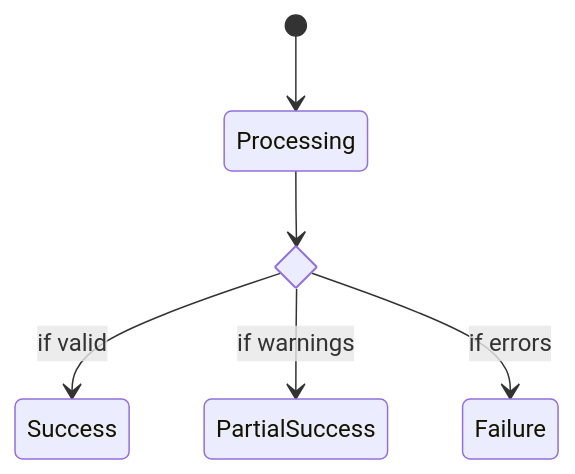
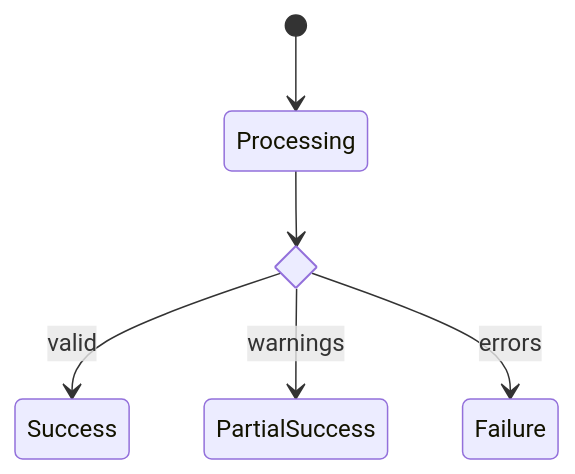
Before and after one commit to jjeremycai/claudekit: the fourth of 5 diagrams in skills/state-diagram/SKILL.md, drawn with Mermaid. The commit also changed other lines of this file and 1 other file, not shown here.

````diff
--- a/skills/state-diagram/SKILL.md
+++ b/skills/state-diagram/SKILL.md
@@ -105,10 +164,10 @@
 ```mermaid
 stateDiagram-v2
     [*] --> Processing
 
     state check_result <<choice>>
     Processing --> check_result
-    check_result --> Success : if valid
-    check_result --> PartialSuccess : if warnings
-    check_result --> Failure : if errors
+    check_result --> Success : valid
+    check_result --> PartialSuccess : warnings
+    check_result --> Failure : errors
 ```
````
